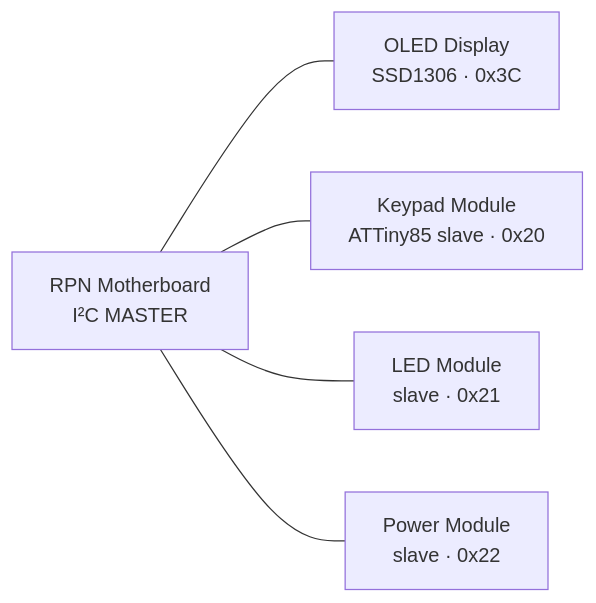
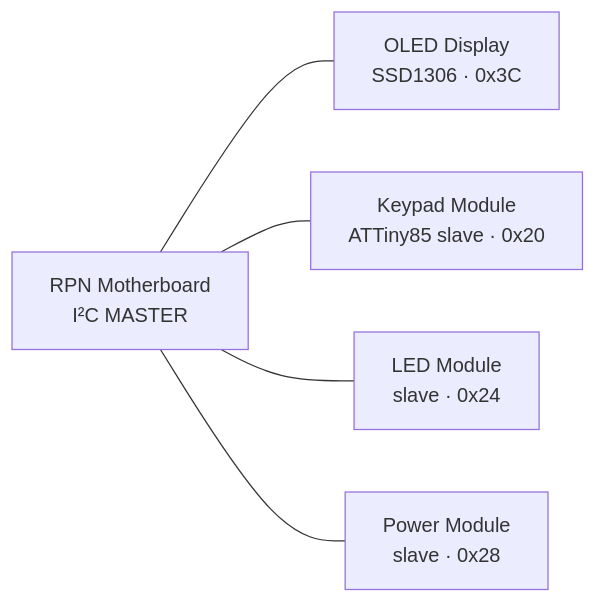
One commit to edlovesjava/attiny-rpn-calc changed the diagram in README.md. Above: the diagram before and after it, drawn with Mermaid. The commit also changed other lines of this file and 8 other files, not shown here.

````diff
--- a/README.md
+++ b/README.md
@@ -19,8 +19,8 @@
 ```mermaid
 graph LR
     MB[RPN Motherboard<br/>I²C MASTER]
     MB --- OLED[OLED Display<br/>SSD1306 · 0x3C]
     MB --- KP[Keypad Module<br/>ATTiny85 slave · 0x20]
-    MB --- LED[LED Module<br/>slave · 0x21]
-    MB --- PWR[Power Module<br/>slave · 0x22]
+    MB --- LED[LED Module<br/>slave · 0x24]
+    MB --- PWR[Power Module<br/>slave · 0x28]
 ```
````
